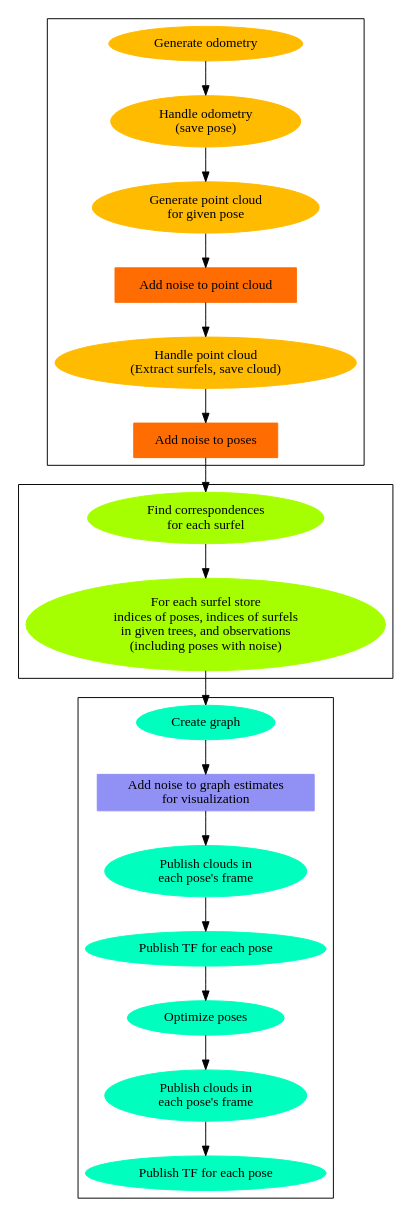
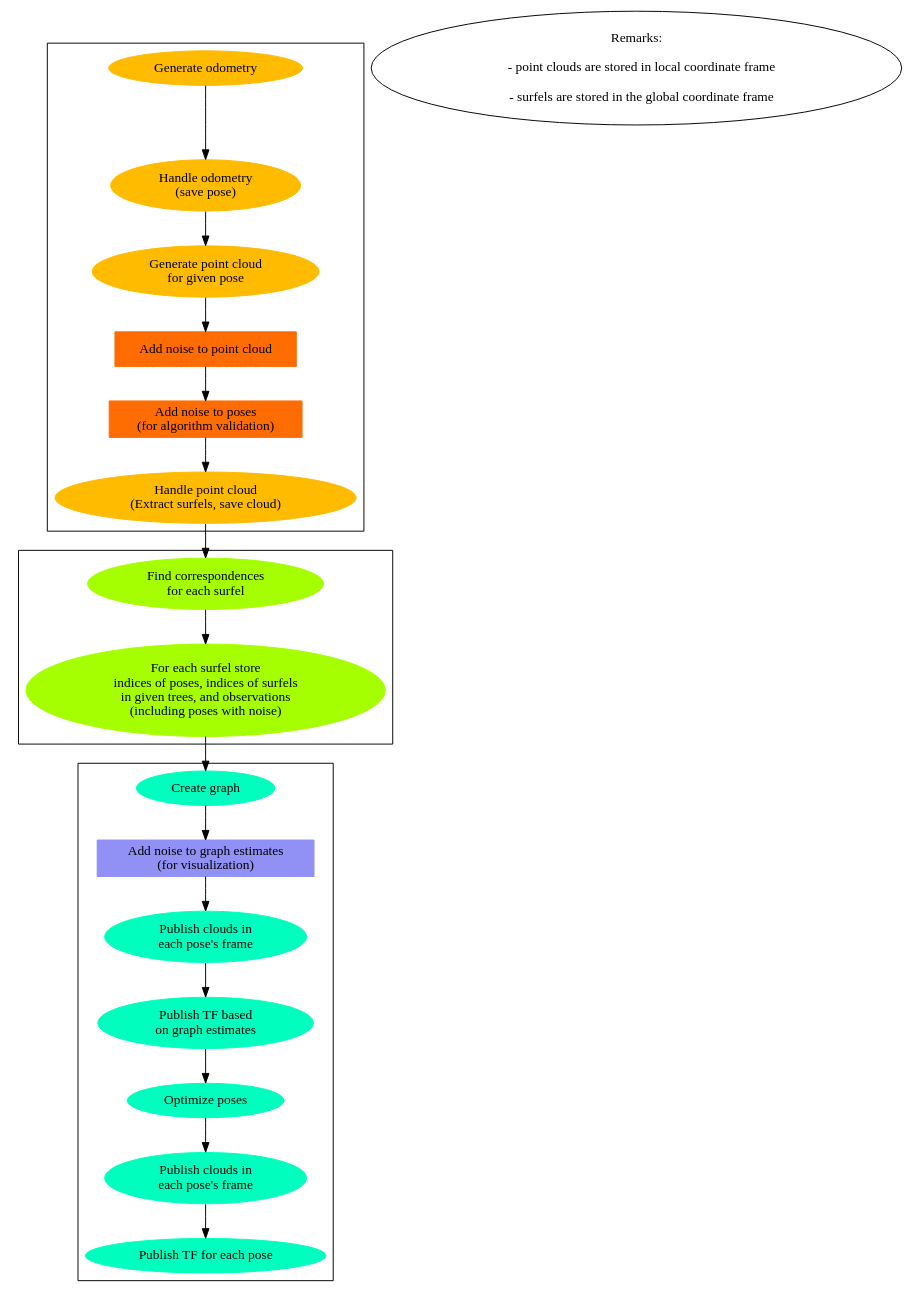
Before and after one commit to rvp-group/mad-ba: the diagram in docs/pipeline.dot, drawn with Graphviz. The commit also changed 3 other files, not shown here.

Commit message:
Created 1st version of BA version of the graph (not working)

```diff
--- a/docs/pipeline.dot
+++ b/docs/pipeline.dot
@@ -1,39 +1,41 @@
 digraph{
     
     compound=true;
 
     subgraph cluster_1 {
     node [style=filled, color="#ffbb00"];
     gen_odom [label="Generate odometry"] 
     handle_odom [label="Handle odometry\n(save pose)"]
     gen_pointcloud [label="Generate point cloud\n for given pose"]
     add_pointcloud_noise [label = "Add noise to point cloud" shape=rectangle color="#ff6c02"]
     handle_pointcloud [label="Handle point cloud\n (Extract surfels, save cloud)"]
-    add_noise_to_poses [label="Add noise to poses\n", shape=rectangle, color="#ff6c02"] 
-    gen_odom -> handle_odom -> gen_pointcloud -> add_pointcloud_noise -> handle_pointcloud -> add_noise_to_poses
+    add_noise_to_poses [label="Add noise to poses\n (for algorithm validation)", shape=rectangle, color="#ff6c02"] 
+    gen_odom -> handle_odom -> gen_pointcloud -> add_pointcloud_noise -> add_noise_to_poses -> handle_pointcloud 
      gen_odom
     }
 
     subgraph cluster_2{
     node [style=filled, color="#00ffbf"];
     publish_cloud [label="Publish clouds in\n each pose's frame"]
-    publish_tf [label="Publish TF for each pose"]
+    publish_tf [label="Publish TF based\n on graph estimates"]
     create_graph [label="Create graph"]
-    add_noise_to_estimates[label="Add noise to graph estimates\n for visualization", shape=rectangle, color="#9090f5"]
+    add_noise_to_estimates[label="Add noise to graph estimates\n (for visualization)", shape=rectangle, color="#9090f5"]
     optimize_poses [label="Optimize poses"]
     publish_cloud_after [label = "Publish clouds in\n each pose's frame"]
     publish_tf_after [label="Publish TF for each pose"]
     create_graph  -> add_noise_to_estimates -> publish_cloud -> publish_tf -> optimize_poses -> publish_cloud_after -> publish_tf_after
     }
 
     subgraph cluster_3{
     node [style=filled, color="#a6ff00"];
     associate_surfels [label="Find correspondences\n for each surfel"]
     store_surfel [label = "For each surfel store\n indices of poses, indices of surfels\n in given trees, and observations\n (including poses with noise)"] 
     associate_surfels -> store_surfel
     }
 
-    add_noise_to_poses -> associate_surfels
+    handle_pointcloud -> associate_surfels
     store_surfel -> create_graph
-    
+    "Remarks:\n 
+    - point clouds are stored in local coordinate frame\n
+    - surfels are stored in the global coordinate frame\n"
 }
```
